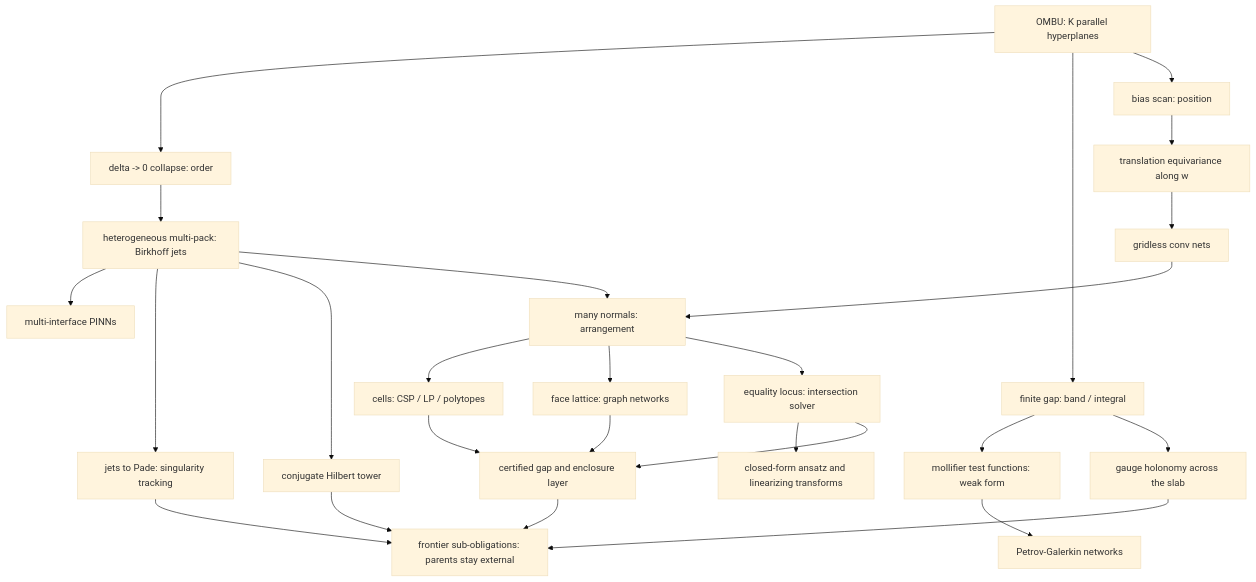
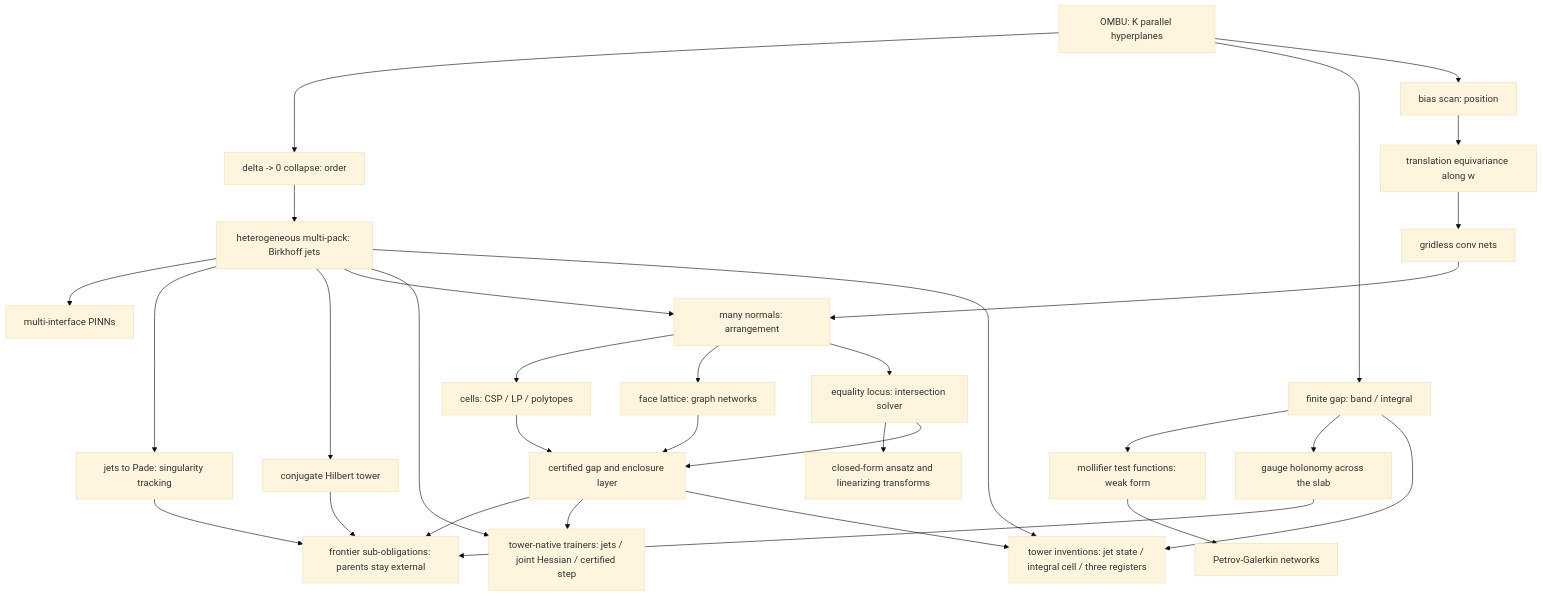
One commit to derivon-ai/omnibias changed the diagram in theory/README.md. Above: the diagram before and after it, drawn with Mermaid (base theme). The commit also changed other lines of this file and 47 other files, not shown here.

````diff
--- a/theory/README.md
+++ b/theory/README.md
@@ -60,28 +60,33 @@
 ```mermaid
 flowchart TD
   OMBU["OMBU: K parallel hyperplanes"] --> Collapse["delta -> 0 collapse: order"]
   OMBU --> Gap["finite gap: band / integral"]
   OMBU --> Scan["bias scan: position"]
   Collapse --> Multipack["heterogeneous multi-pack: Birkhoff jets"]
   Gap --> Weak["mollifier test functions: weak form"]
   Gap --> Holonomy["gauge holonomy across the slab"]
   Scan --> Equivariance["translation equivariance along w"]
   Multipack --> Interfaces["multi-interface PINNs"]
   Multipack --> Pade["jets to Pade: singularity tracking"]
   Multipack --> Conjugate["conjugate Hilbert tower"]
   Weak --> VPINN["Petrov-Galerkin networks"]
   Equivariance --> ScanNet["gridless conv nets"]
   Multipack --> Arrangement["many normals: arrangement"]
   ScanNet --> Arrangement
   Arrangement --> Cells["cells: CSP / LP / polytopes"]
   Arrangement --> Faces["face lattice: graph networks"]
   Arrangement --> Locus["equality locus: intersection solver"]
   Locus --> Ansatz["closed-form ansatz and linearizing transforms"]
   Cells --> Certify["certified gap and enclosure layer"]
   Faces --> Certify
   Locus --> Certify
   Pade --> Frontier["frontier sub-obligations: parents stay external"]
   Conjugate --> Frontier
   Holonomy --> Frontier
   Certify --> Frontier
+  Multipack --> Training["tower-native trainers: jets / joint Hessian / certified step"]
+  Certify --> Training
+  Multipack --> Inventions["tower inventions: jet state / integral cell / three registers"]
+  Gap --> Inventions
+  Certify --> Inventions
 ```
````
